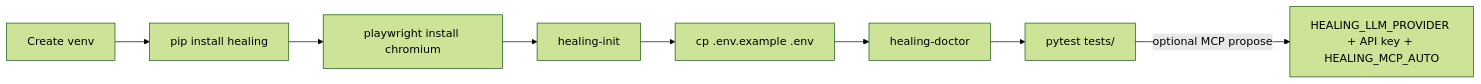
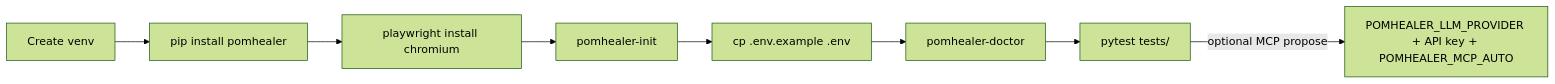
One commit to arunambadikv/self-healing-framework changed the second of 2 diagrams in docs/CONFLUENCE_QA_CHAPTERS.md. Above: the diagram before and after it, drawn with Mermaid (forest theme). The commit also changed other lines of this file and 155 other files, not shown here.

First line of the commit message:
Rebrand the package from healing to pomhealer to avoid import shadowing.

````diff
--- a/docs/CONFLUENCE_QA_CHAPTERS.md
+++ b/docs/CONFLUENCE_QA_CHAPTERS.md
@@ -240,10 +240,10 @@
 ```mermaid
 flowchart LR
-  A[Create venv] --> B["pip install healing"]
+  A[Create venv] --> B["pip install pomhealer"]
   B --> C[playwright install chromium]
-  C --> D[healing-init]
+  C --> D[pomhealer-init]
   D --> E[cp .env.example .env]
-  E --> F[healing-doctor]
+  E --> F[pomhealer-doctor]
   F --> G[pytest tests/]
-  G -->|optional MCP propose| H[HEALING_LLM_PROVIDER + API key + HEALING_MCP_AUTO]
+  G -->|optional MCP propose| H[POMHEALER_LLM_PROVIDER + API key + POMHEALER_MCP_AUTO]
 ```
````
